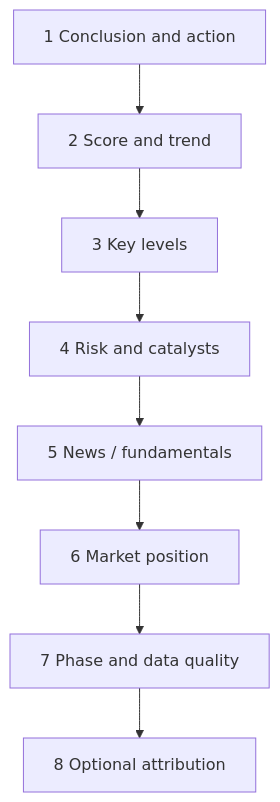
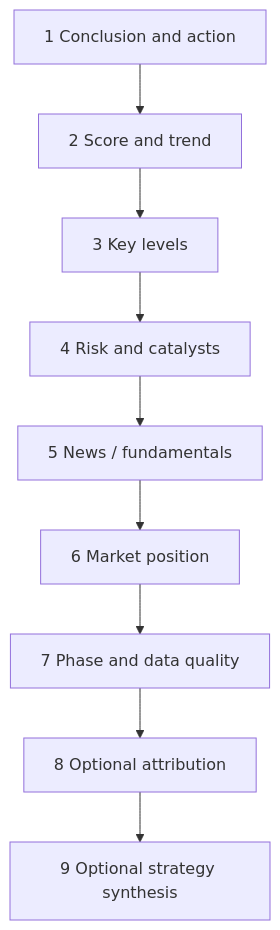
One commit to SiinXu/stock-pulse-ai changed the diagram in docs/ui-manual/08-reading-reports_EN.md. Above: the diagram before and after it, drawn with Mermaid. The commit also changed other lines of this file and 93 other files, not shown here.

````diff
--- a/docs/ui-manual/08-reading-reports_EN.md
+++ b/docs/ui-manual/08-reading-reports_EN.md
@@ -11,10 +11,11 @@
 ```mermaid
 flowchart TD
   A[1 Conclusion and action] --> B[2 Score and trend]
   B --> C[3 Key levels]
   C --> D[4 Risk and catalysts]
   D --> E[5 News / fundamentals]
   E --> F[6 Market position]
   F --> G[7 Phase and data quality]
   G --> H[8 Optional attribution]
+  H --> I[9 Optional strategy synthesis]
 ```
````
